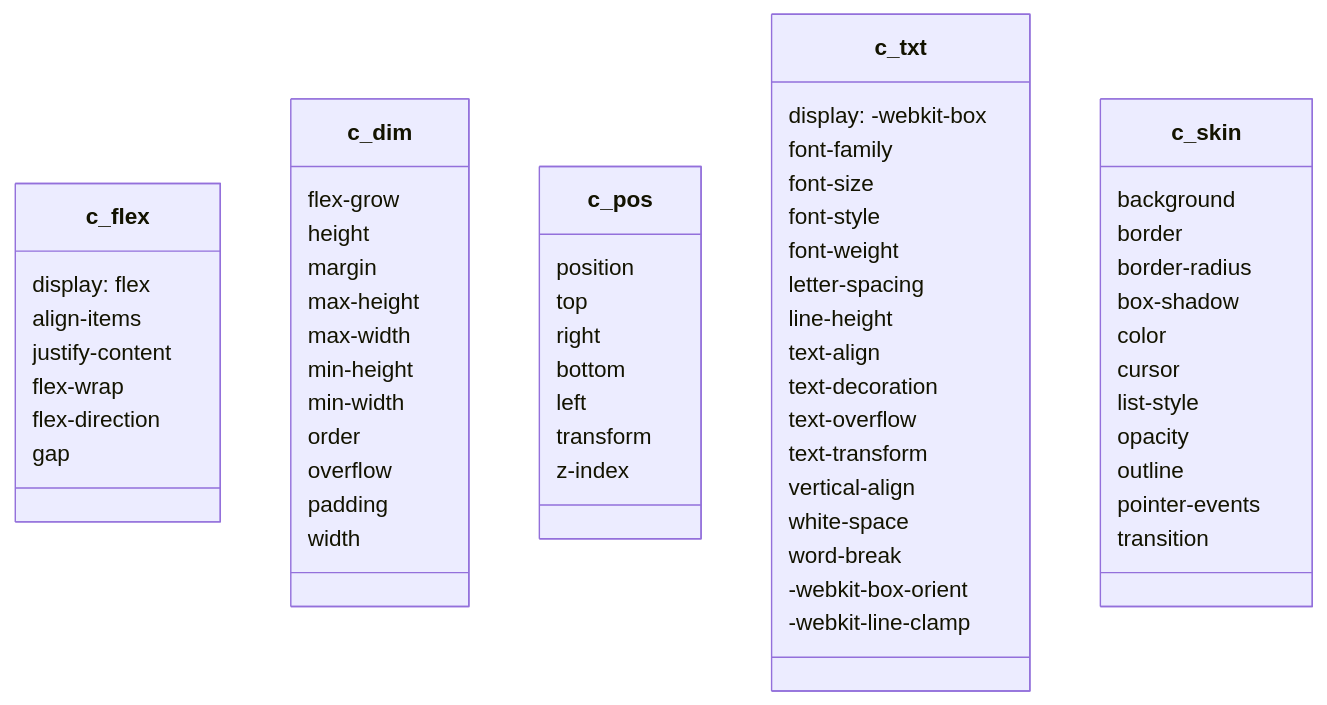
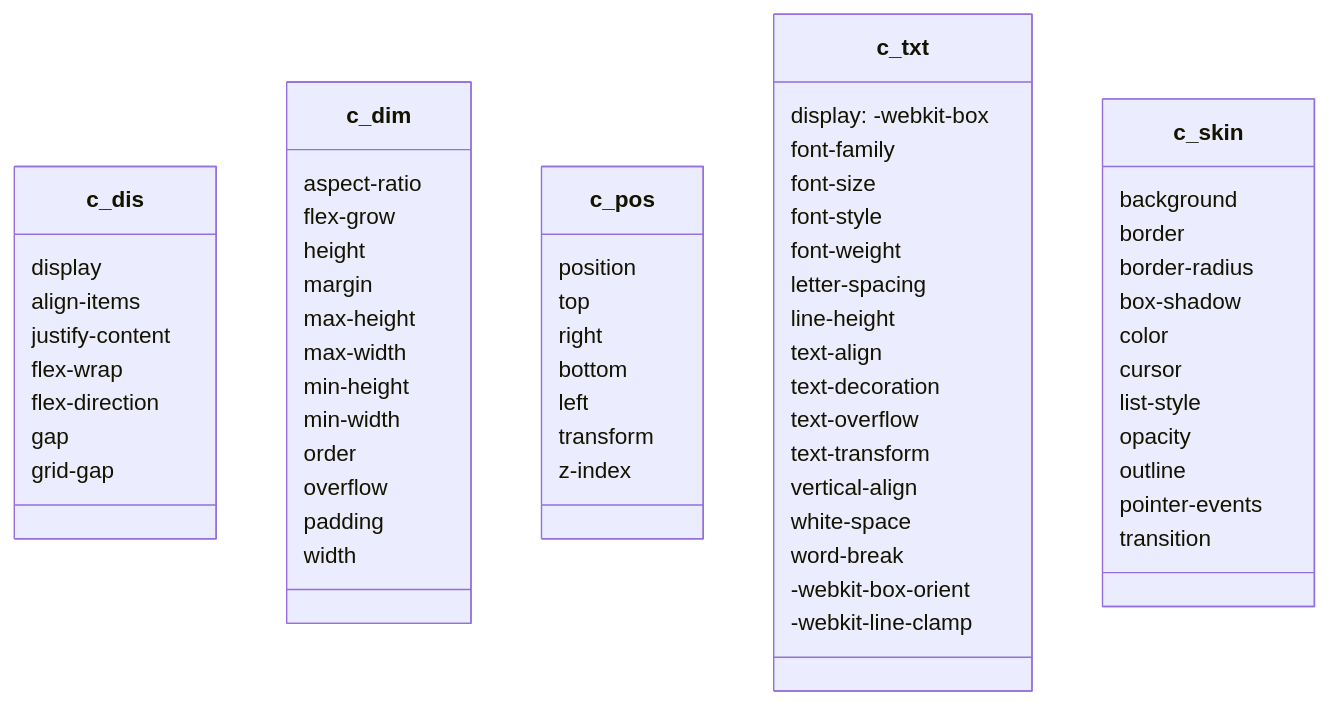
One commit to ita-design-system/.github changed the first of 2 diagrams in README.md. Above: the diagram before and after it, drawn with Mermaid.

````diff
--- a/README.md
+++ b/README.md
@@ -26,64 +26,66 @@
 ```mermaid
 classDiagram
-    class c_flex {
-        display: flex
+    class c_dis {
+        display
         align-items
         justify-content
         flex-wrap
         flex-direction
         gap
+        grid-gap
     }
     class c_dim {
+        aspect-ratio
         flex-grow
         height
         margin
         max-height
         max-width
         min-height
         min-width
         order
         overflow
         padding
         width
     }
     class c_pos {
         position
         top
         right
         bottom
         left
         transform
         z-index
     }
     class c_txt {
         display: -webkit-box
         font-family
         font-size
         font-style
         font-weight
         letter-spacing
         line-height
         text-align
         text-decoration
         text-overflow
         text-transform
         vertical-align
         white-space
         word-break
         -webkit-box-orient
         -webkit-line-clamp
     }
     class c_skin {
         background
         border
         border-radius
         box-shadow
         color
         cursor
         list-style
         opacity
         outline
         pointer-events
         transition
     }
  ```
````
